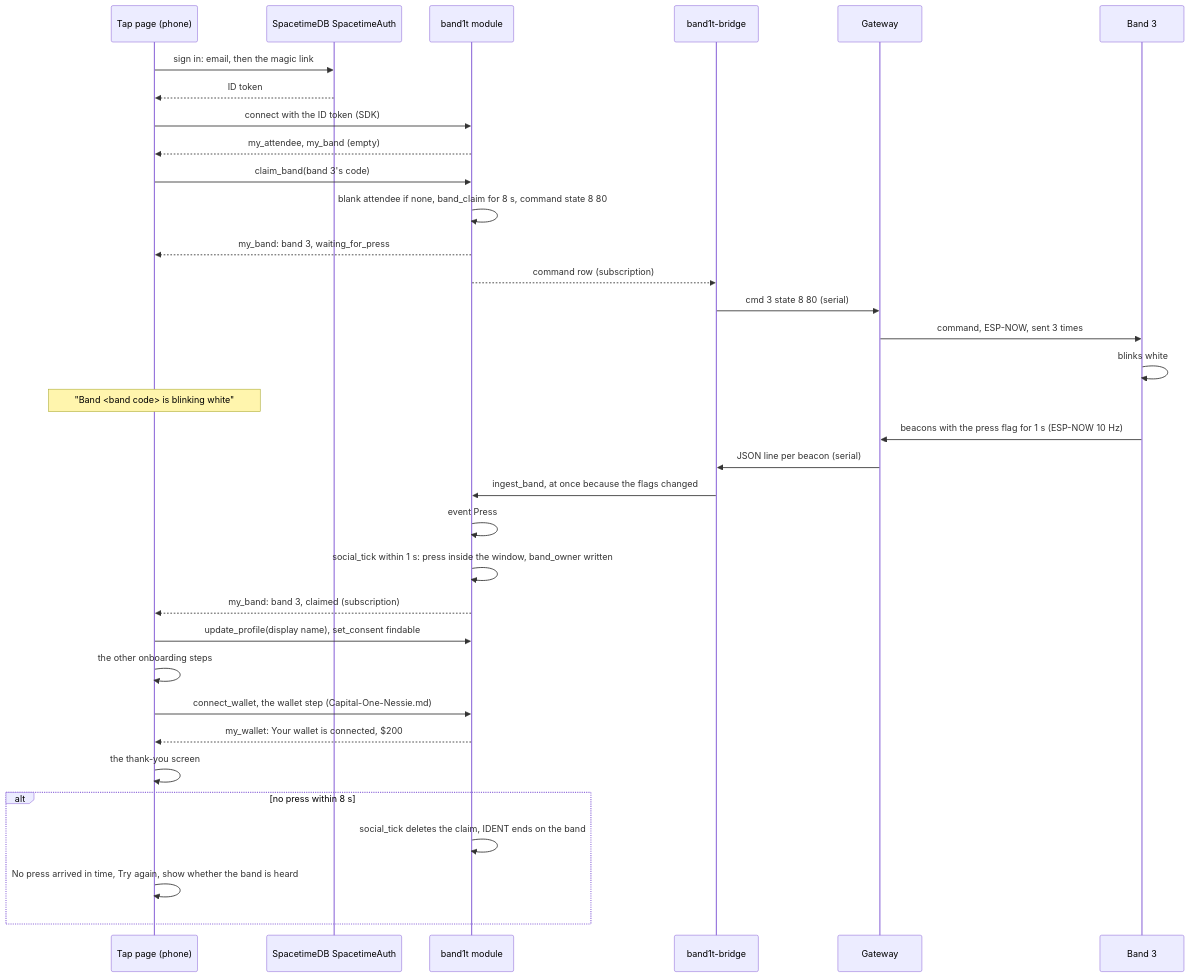
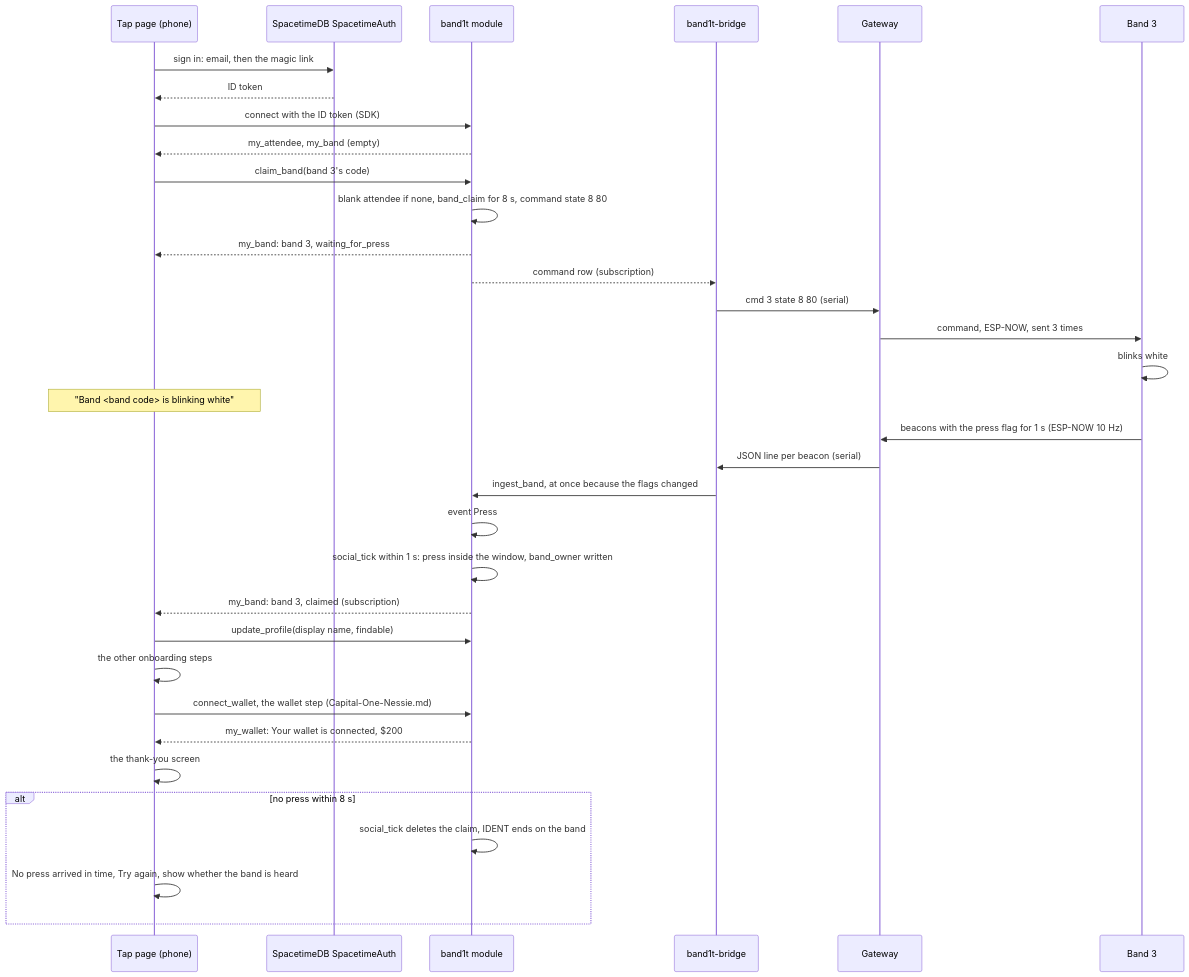
Before and after one commit to viktorinkov/cal-hacks-13: the second of 4 diagrams in System Design/5-apps/Tap-Page.md, drawn with Mermaid. The commit also changed other lines of this file and 5 other files, not shown here.

````diff
--- a/System Design/5-apps/Tap-Page.md
+++ b/System Design/5-apps/Tap-Page.md
@@ -160,36 +165,36 @@
 ```mermaid
 sequenceDiagram
     participant App as Tap page (phone)
     participant Auth as SpacetimeDB SpacetimeAuth
     participant Mod as band1t module
     participant Bridge as band1t-bridge
     participant GW as Gateway
     participant Band as Band 3
     App->>Auth: sign in: email, then the magic link
     Auth-->>App: ID token
     App->>Mod: connect with the ID token (SDK)
     Mod-->>App: my_attendee, my_band (empty)
     App->>Mod: claim_band(band 3's code)
     Mod->>Mod: blank attendee if none, band_claim for 8 s, command state 8 80
     Mod-->>App: my_band: band 3, waiting_for_press
     Mod-->>Bridge: command row (subscription)
     Bridge->>GW: cmd 3 state 8 80 (serial)
     GW->>Band: command, ESP-NOW, sent 3 times
     Band->>Band: blinks white
     Note over App: "Band #lt;band code#gt; is blinking white"
     Band->>GW: beacons with the press flag for 1 s (ESP-NOW 10 Hz)
     GW->>Bridge: JSON line per beacon (serial)
     Bridge->>Mod: ingest_band, at once because the flags changed
     Mod->>Mod: event Press
     Mod->>Mod: social_tick within 1 s: press inside the window, band_owner written
     Mod-->>App: my_band: band 3, claimed (subscription)
-    App->>Mod: update_profile(display name), set_consent findable
+    App->>Mod: update_profile(display name, findable)
     App->>App: the other onboarding steps
     App->>Mod: connect_wallet, the wallet step (Capital-One-Nessie.md)
     Mod-->>App: my_wallet: Your wallet is connected, $200
     App->>App: the thank-you screen
     alt no press within 8 s
         Mod->>Mod: social_tick deletes the claim, IDENT ends on the band
         App->>App: No press arrived in time, Try again, show whether the band is heard
     end
 ```
````
